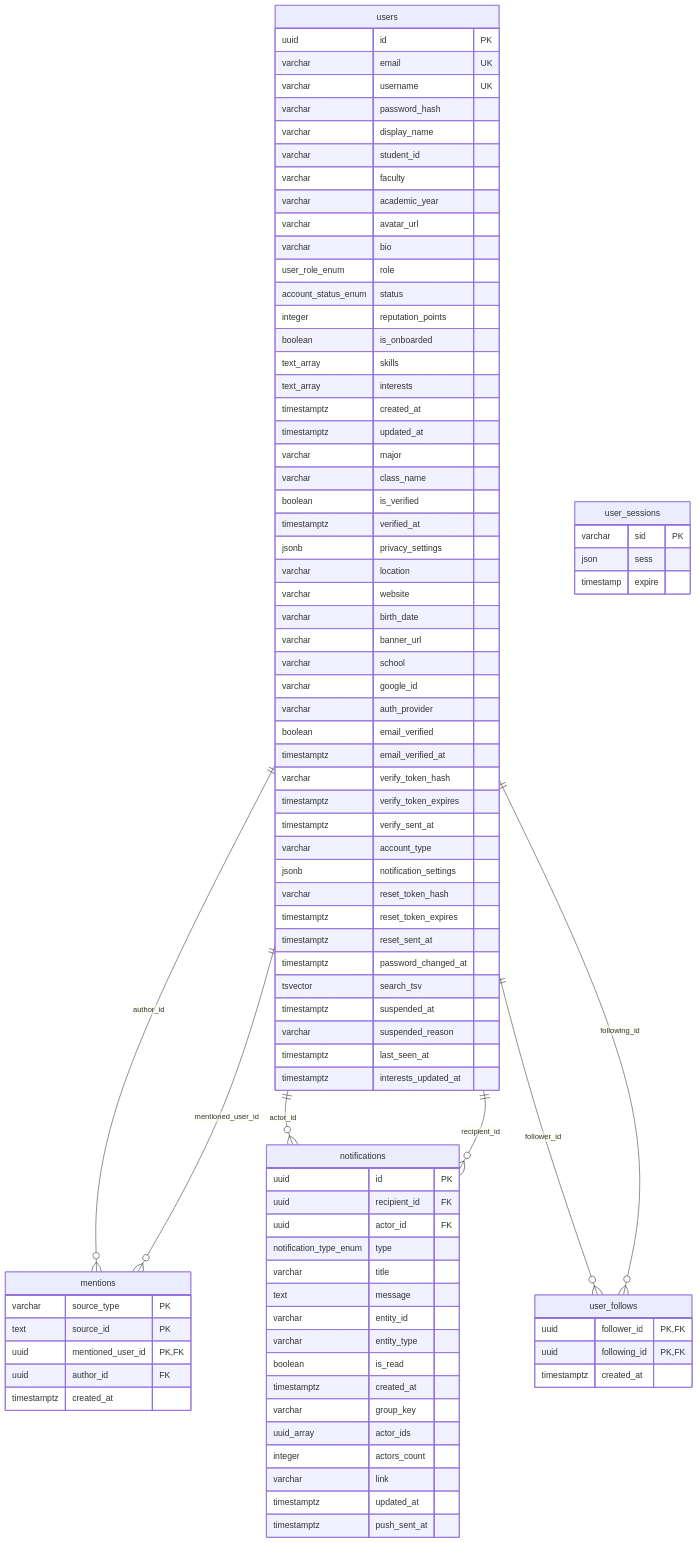
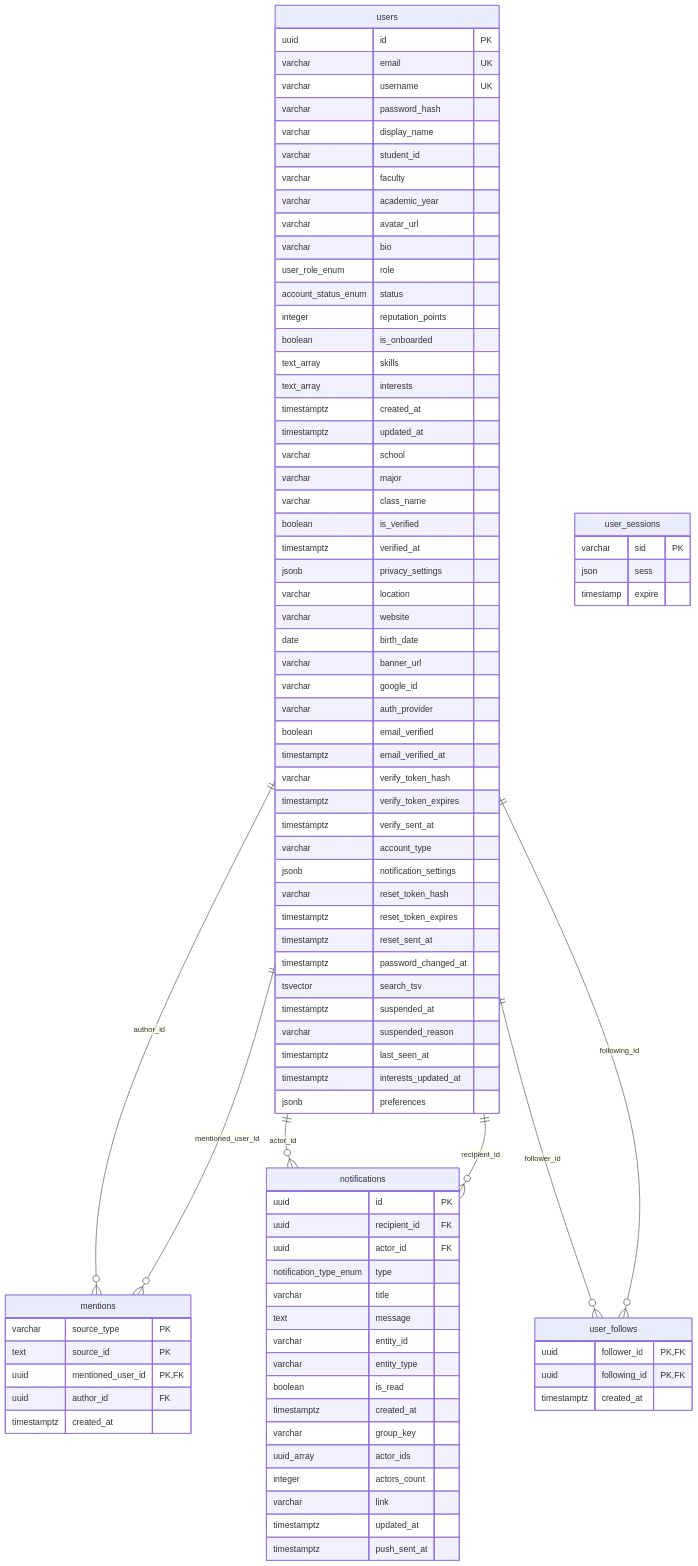
One commit to nhatcoi/pu-connect changed the second of 7 diagrams in docs/diagrams/04-erd.md. Above: the diagram before and after it, drawn with Mermaid.

Commit message:
docs(erd): regenerate ERD with users.preferences
Generated from the stage database; also picks up birth_date as date.

```diff
--- a/docs/diagrams/04-erd.md
+++ b/docs/diagrams/04-erd.md
@@ -97,6 +97,7 @@
     text_array interests
     timestamptz created_at
     timestamptz updated_at
+    varchar school
     varchar major
     varchar class_name
     boolean is_verified
@@ -104,9 +105,8 @@
     jsonb privacy_settings
     varchar location
     varchar website
-    varchar birth_date
+    date birth_date
     varchar banner_url
-    varchar school
     varchar google_id
     varchar auth_provider
     boolean email_verified
@@ -125,6 +125,7 @@
     varchar suspended_reason
     timestamptz last_seen_at
     timestamptz interests_updated_at
+    jsonb preferences
   }
   user_follows {
     uuid follower_id PK,FK
```
